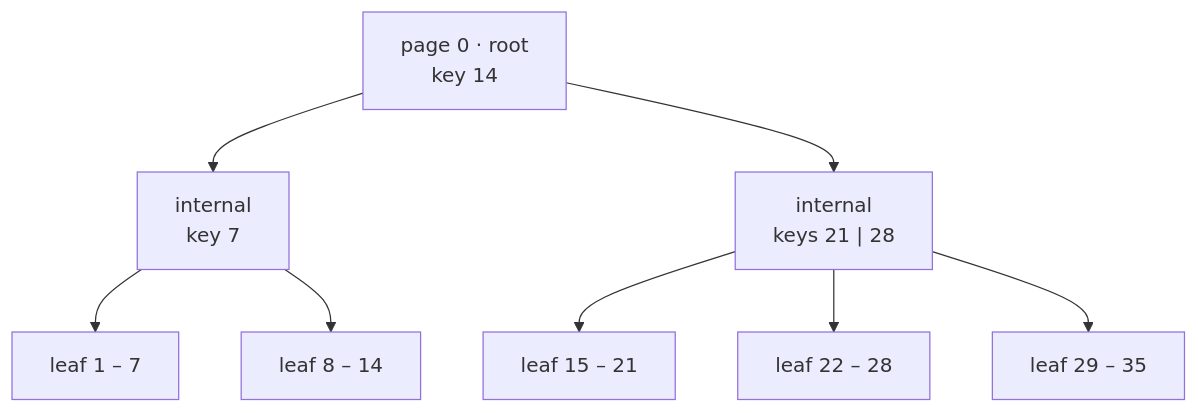
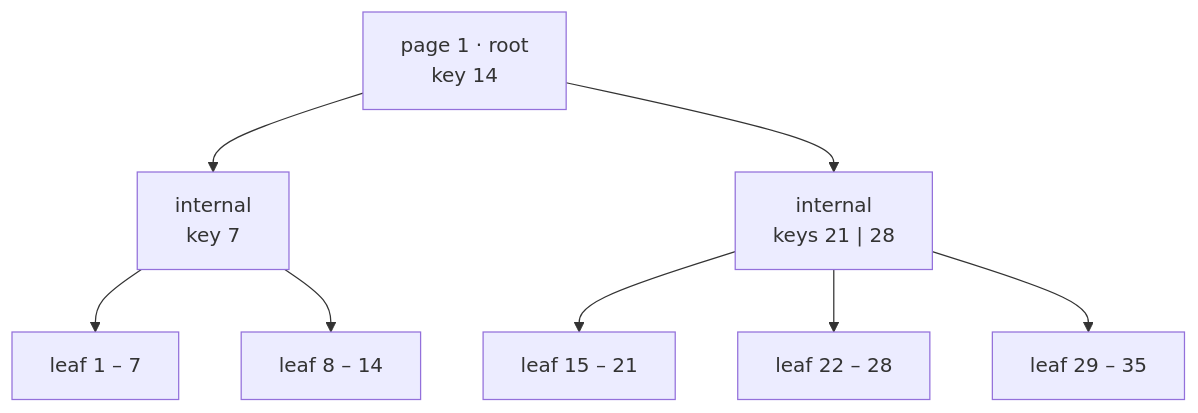
One commit to Rohitangshu2026/mini-sql changed diagram 12 of 20 in README.md. Above: the diagram before and after it, drawn with Mermaid. The commit also changed other lines of this file, not shown here.

First line of the commit message:
docs: describe the file header and growable page cache in the README

````diff
--- a/README.md
+++ b/README.md
@@ -611,13 +662,13 @@
 ```mermaid
 flowchart TD
-    R["page 0 · root<br/>key 14"]
+    R["page 1 · root<br/>key 14"]
     I1["internal<br/>key 7"]
     I2["internal<br/>keys 21 | 28"]
     R --> I1
     R --> I2
     I1 --> A["leaf 1 – 7"]
     I1 --> B["leaf 8 – 14"]
     I2 --> C["leaf 15 – 21"]
     I2 --> D["leaf 22 – 28"]
     I2 --> E["leaf 29 – 35"]
 ```
````
